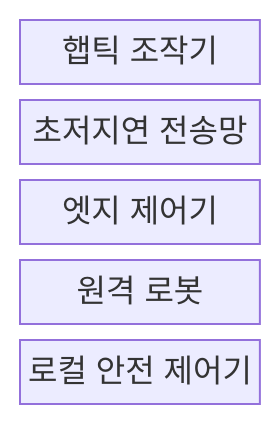
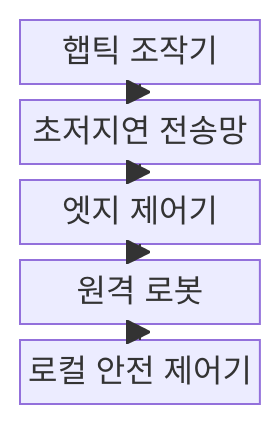
The first of 2 diagrams in src/content/docs/notes/04-network/085_tactile_internet.md (agnusdei1207/knowledge-base), drawn with Mermaid before and after one commit. The commit also changed other lines of this file and 20 other files, not shown here.

````diff
--- a/src/content/docs/notes/04-network/085_tactile_internet.md
+++ b/src/content/docs/notes/04-network/085_tactile_internet.md
@@ -52,9 +56,13 @@
 ```mermaid
 block-beta
     columns 1
     HAPTIC["햅틱 조작기"]
     NETWORK["초저지연 전송망"]
     EDGE["엣지 제어기"]
     ROBOT["원격 로봇"]
     SAFETY["로컬 안전 제어기"]
+    HAPTIC --> NETWORK
+    NETWORK --> EDGE
+    EDGE --> ROBOT
+    SAFETY --> ROBOT
 ```
````
